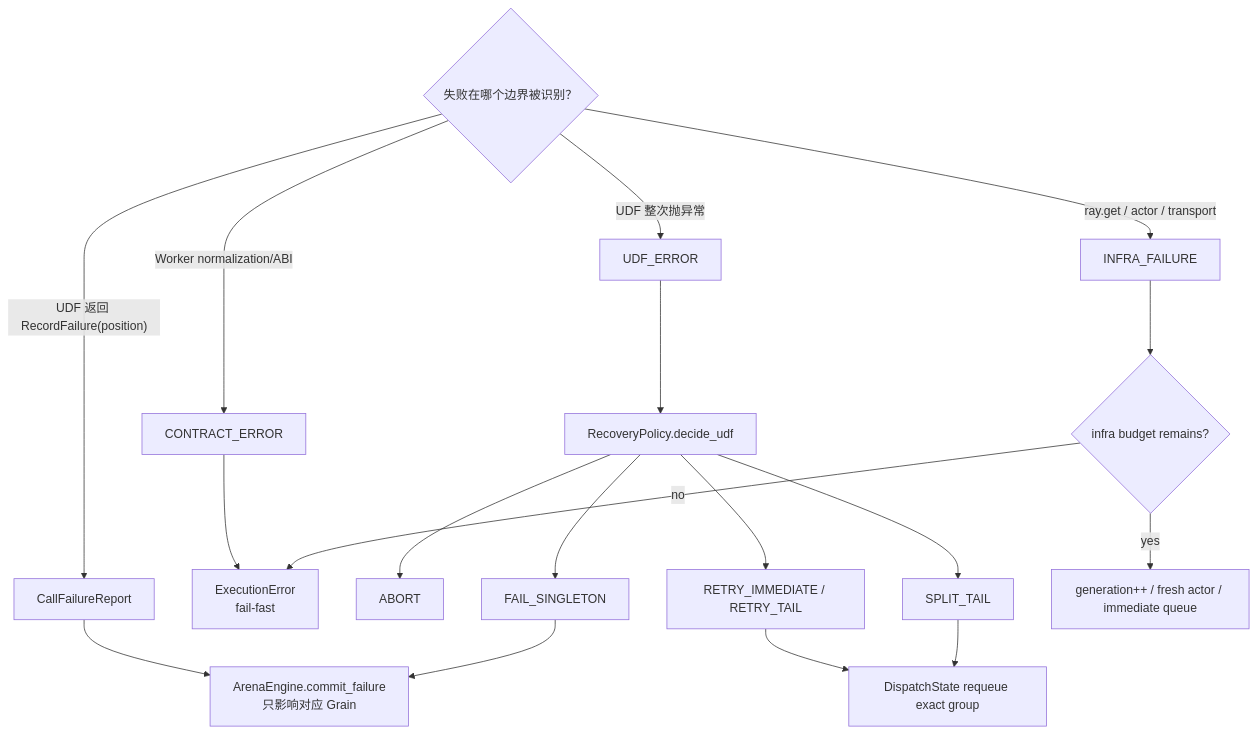
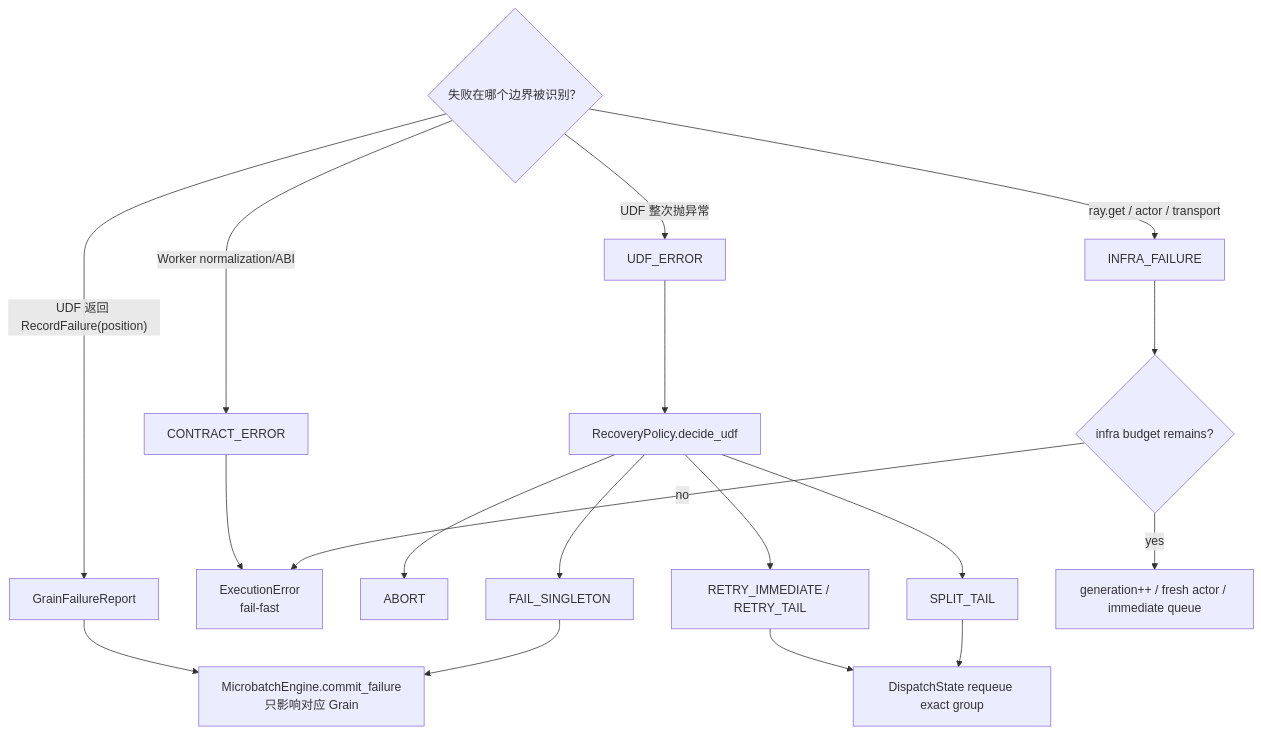
Before and after one commit to OpenDCAI/RayOrch: diagram 13 of 16 in docs/multigrain_v3_6_tutorial.md, drawn with Mermaid. The commit also changed other lines of this file and 38 other files, not shown here.

Commit message:
feat(v3.6): unify architecture vocabulary and state ownership

````diff
--- a/docs/multigrain_v3_6_tutorial.md
+++ b/docs/multigrain_v3_6_tutorial.md
@@ -1301,22 +1322,22 @@
 ```mermaid
 flowchart TD
     Failure{"失败在哪个边界被识别？"}
-    Failure -->|"UDF 返回 RecordFailure(position)"| Record["CallFailureReport"]
+    Failure -->|"UDF 返回 RecordFailure(position)"| Record["GrainFailureReport"]
     Failure -->|"Worker normalization/ABI"| Contract["CONTRACT_ERROR"]
     Failure -->|"UDF 整次抛异常"| Udf["UDF_ERROR"]
     Failure -->|"ray.get / actor / transport"| Infra["INFRA_FAILURE"]
 
-    Record --> Commit["ArenaEngine.commit_failure<br/>只影响对应 Grain"]
+    Record --> Commit["MicrobatchEngine.commit_failure<br/>只影响对应 Grain"]
     Contract --> Fast["ExecutionError<br/>fail-fast"]
     Udf --> Policy["RecoveryPolicy.decide_udf"]
     Policy --> Abort["ABORT"]
     Policy --> Retry["RETRY_IMMEDIATE / RETRY_TAIL"]
     Policy --> Split["SPLIT_TAIL"]
     Policy --> Single["FAIL_SINGLETON"]
     Retry --> Dispatch["DispatchState requeue exact group"]
     Split --> Dispatch
     Single --> Commit
     Infra --> Budget{"infra budget remains?"}
     Budget -->|"yes"| Replace["generation++ / fresh actor / immediate queue"]
     Budget -->|"no"| Fast
 ```
````
